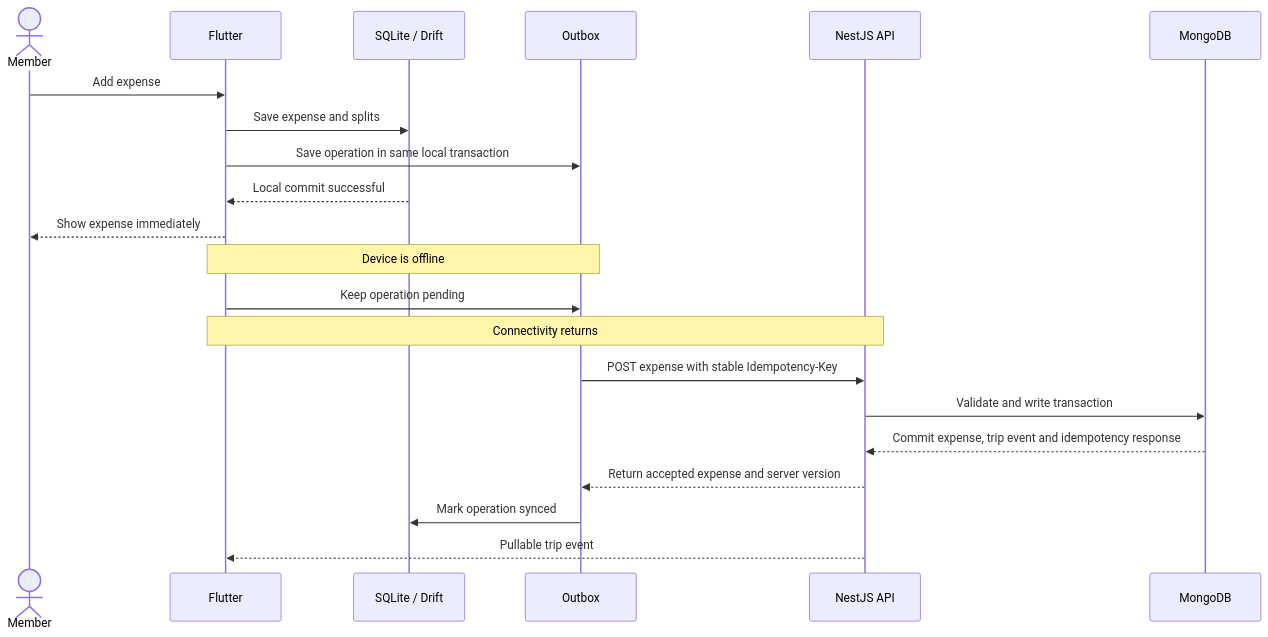
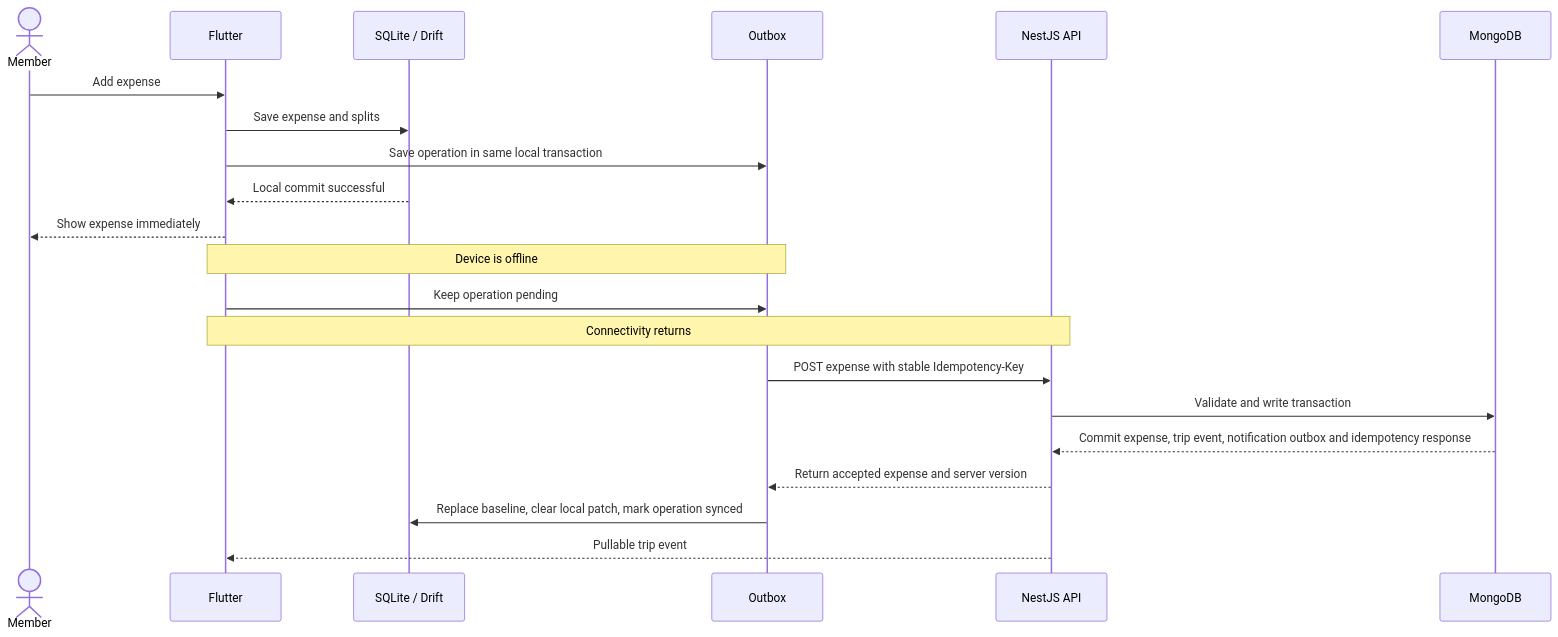
The second of 2 diagrams in implementation.md (Deepmj13/TripMeter), drawn with Mermaid before and after one commit. The commit also changed other lines of this file and 231 other files, not shown here.

````diff
--- a/implementation.md
+++ b/implementation.md
@@ -1217,26 +2001,26 @@
 ```mermaid
 sequenceDiagram
   actor Member
   participant App as Flutter
   participant DB as SQLite / Drift
   participant Queue as Outbox
   participant API as NestJS API
   participant Mongo as MongoDB
 
   Member->>App: Add expense
   App->>DB: Save expense and splits
   App->>Queue: Save operation in same local transaction
   DB-->>App: Local commit successful
   App-->>Member: Show expense immediately
 
   Note over App,Queue: Device is offline
 
   App->>Queue: Keep operation pending
   Note over App,API: Connectivity returns
   Queue->>API: POST expense with stable Idempotency-Key
   API->>Mongo: Validate and write transaction
-  Mongo-->>API: Commit expense, trip event and idempotency response
+  Mongo-->>API: Commit expense, trip event, notification outbox and idempotency response
   API-->>Queue: Return accepted expense and server version
-  Queue->>DB: Mark operation synced
+  Queue->>DB: Replace baseline, clear local patch, mark operation synced
   API-->>App: Pullable trip event
 ```
````
